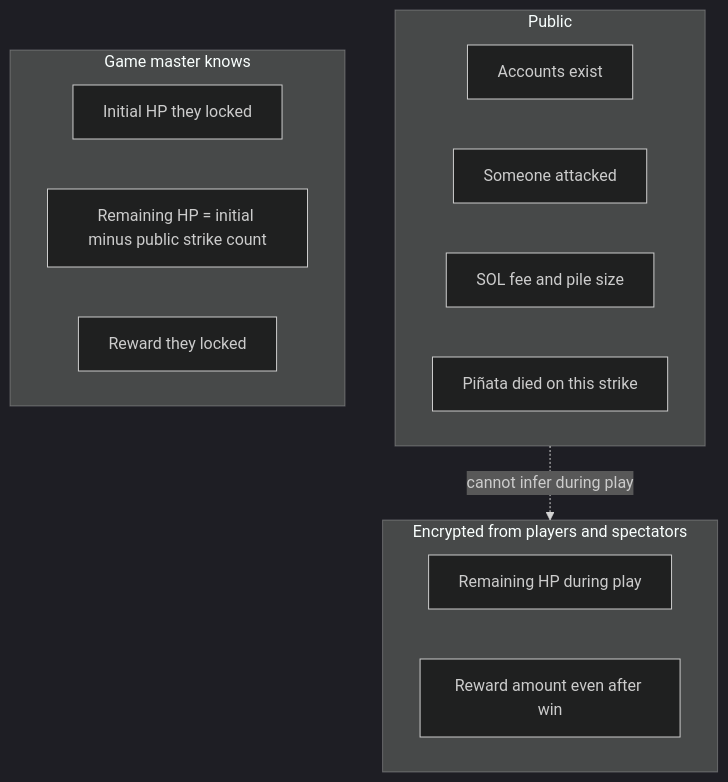
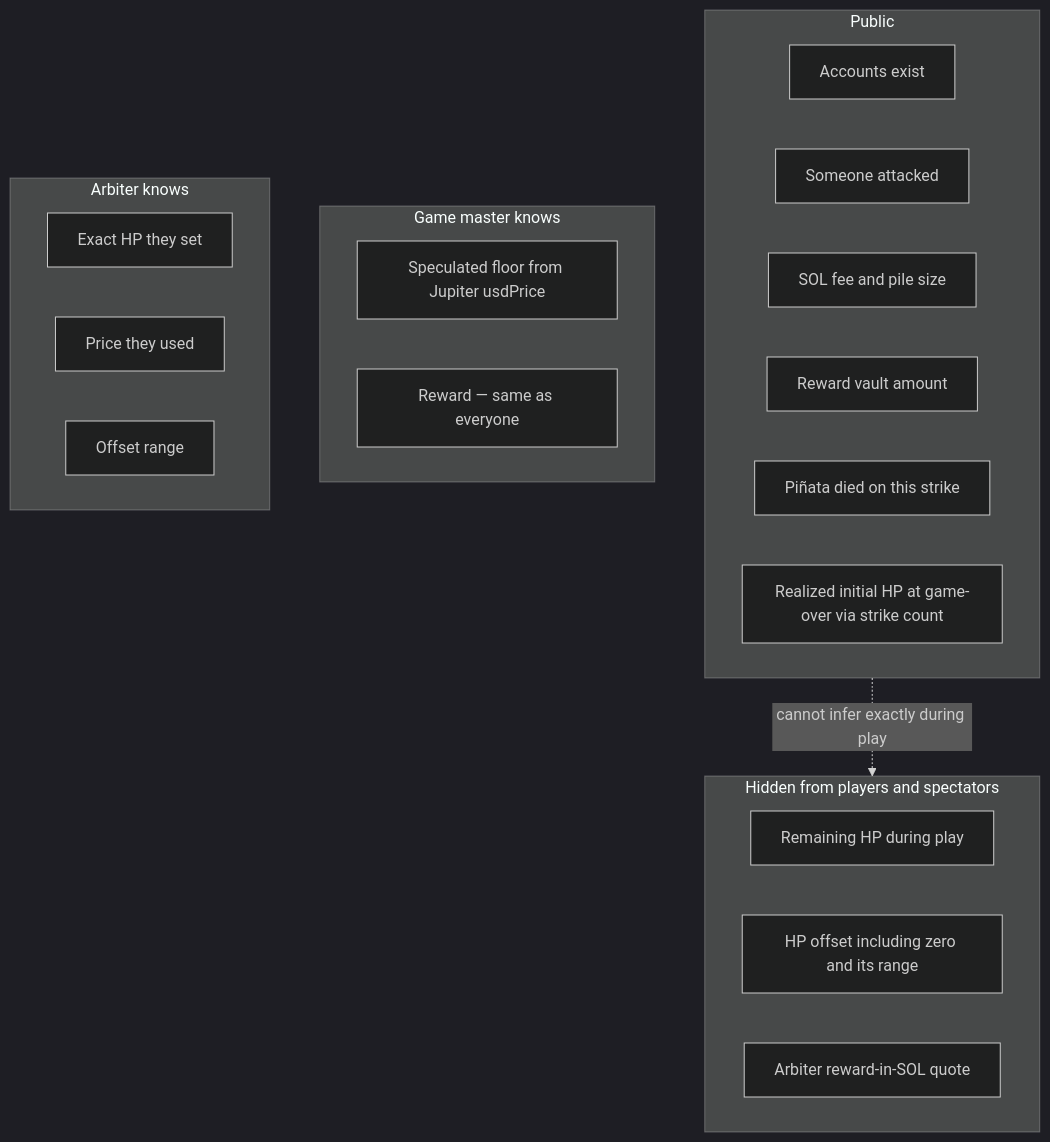
The diagram in docs/confidential-balances.md (kilogold/confidential-pinata), drawn with Mermaid (dark theme) before and after one commit. The commit also changed other lines of this file and 8 other files, not shown here.

````diff
--- a/docs/confidential-balances.md
+++ b/docs/confidential-balances.md
@@ -16,19 +16,26 @@
 ```mermaid
 flowchart TB
   subgraph public [Public]
     accounts[Accounts exist]
     attacks[Someone attacked]
     solFee[SOL fee and pile size]
+    rewardAmt[Reward vault amount]
     died[Piñata died on this strike]
+    realizedHp[Realized initial HP at game-over via strike count]
   end
-  subgraph hiddenFromPublic [Encrypted from players and spectators]
+  subgraph hiddenFromPublic [Hidden from players and spectators]
     hp[Remaining HP during play]
-    reward[Reward amount even after win]
+    offset[HP offset including zero and its range]
+    arbiterPrice[Arbiter reward-in-SOL quote]
   end
   subgraph gmKnows [Game master knows]
-    initialHp[Initial HP they locked]
-    remainingHp["Remaining HP = initial minus public strike count"]
-    rewardAmt[Reward they locked]
+    guess[Speculated floor from Jupiter usdPrice]
+    rewardPublic[Reward — same as everyone]
   end
-  public -.->|"cannot infer during play"| hiddenFromPublic
+  subgraph arbiterKnows [Arbiter knows]
+    exactHp[Exact HP they set]
+    priceUsed[Price they used]
+    offsetRange[Offset range]
+  end
+  public -.->|"cannot infer exactly during play"| hiddenFromPublic
 ```
````
